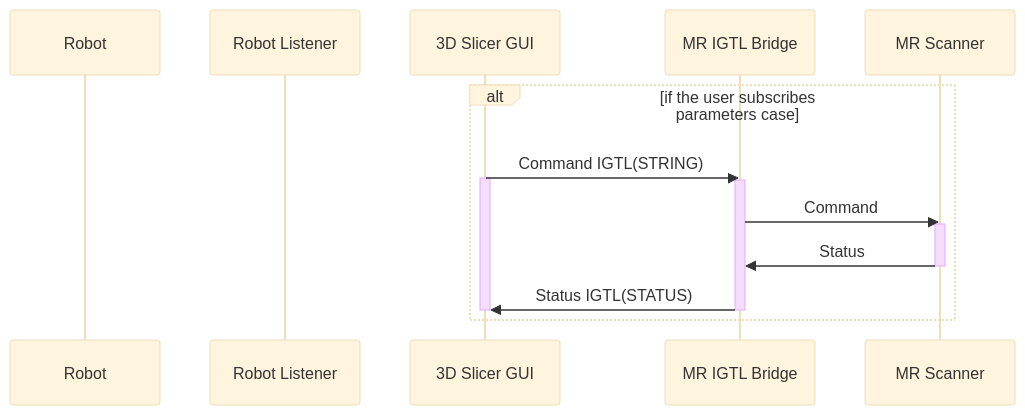
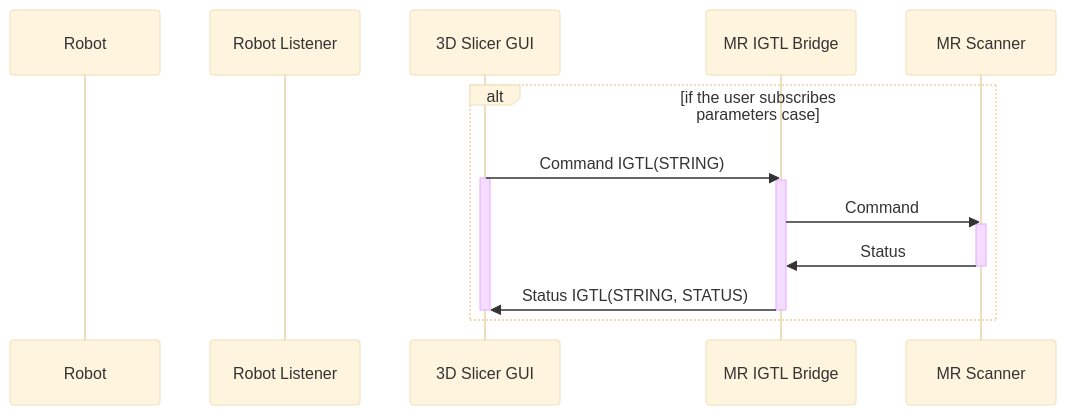
One commit to ProstateBRP/BRPRobot2021 changed the fourth of 5 diagrams in README.md. Above: the diagram before and after it, drawn with Mermaid (base theme). The commit also changed other lines of this file, not shown here.

````diff
--- a/README.md
+++ b/README.md
@@ -188,23 +188,23 @@
 ```mermaid
 sequenceDiagram
 
 participant R as Robot
 participant RL as Robot Listener
 participant SGUI as 3D Slicer GUI
 participant MRIGTL  as MR IGTL Bridge
 participant MRS as MR Scanner
 
 alt if the user subscribes parameters case
 SGUI->>MRIGTL:Command IGTL(STRING)
 activate SGUI
 activate MRIGTL
 MRIGTL->>MRS:Command
 
 activate MRS
 MRS->>MRIGTL:Status
 deactivate MRS
-MRIGTL->>SGUI:Status IGTL(STATUS)
+MRIGTL->>SGUI:Status IGTL(STRING, STATUS)
 deactivate SGUI
 deactivate MRIGTL
 end
 ```
````
